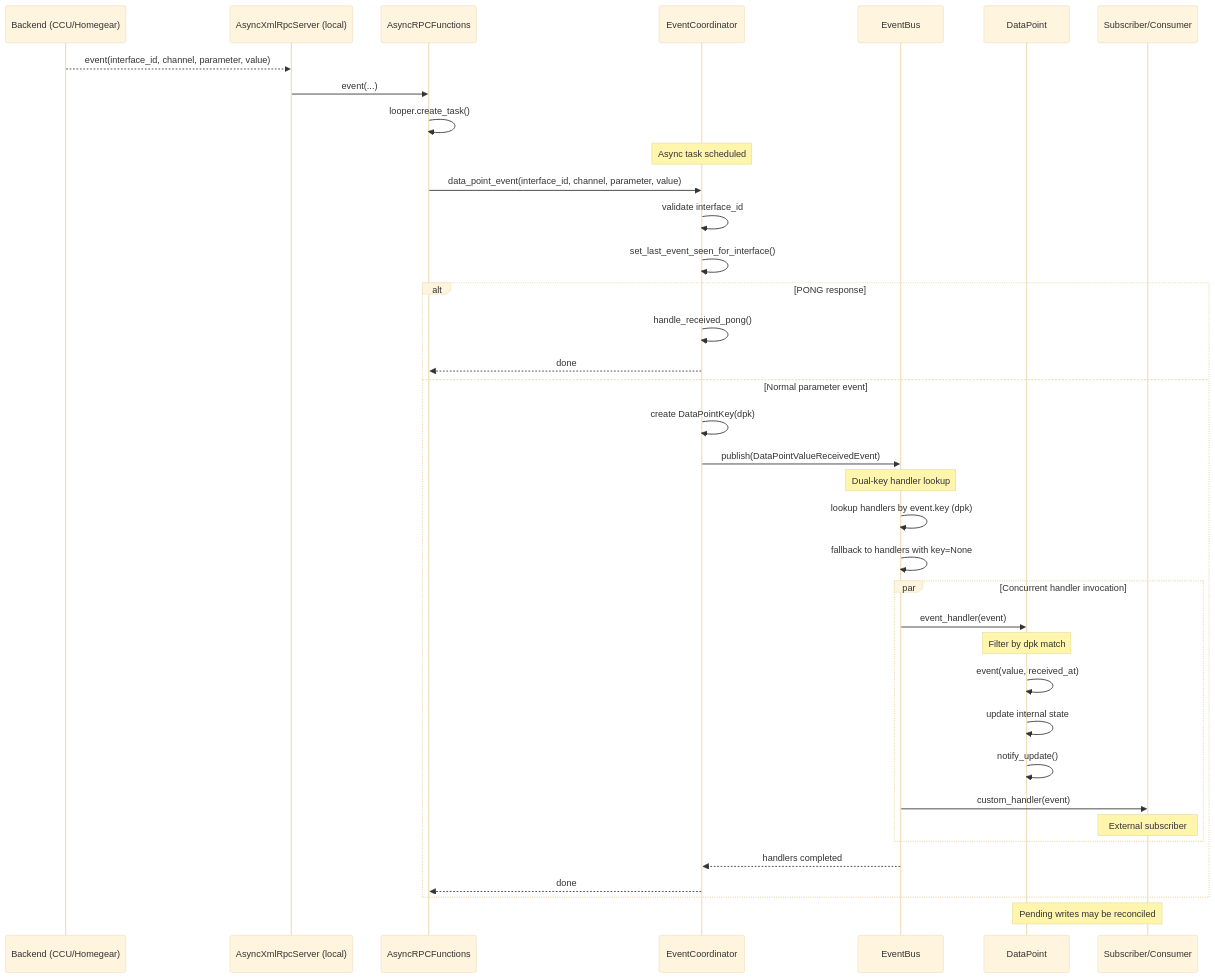
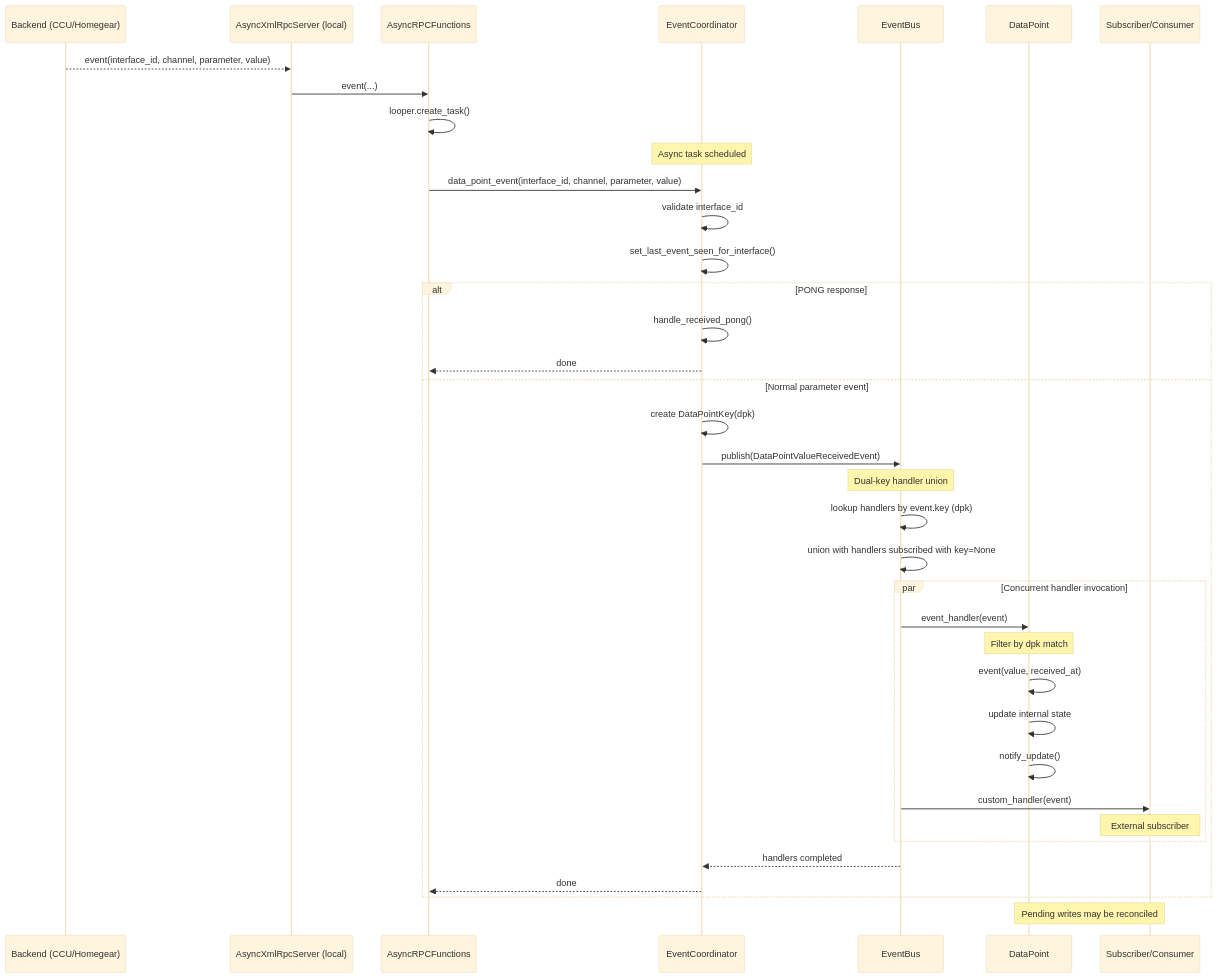
The fourth of 17 diagrams in docs/architecture/sequence_diagrams.md (SukramJ/aiohomematic), drawn with Mermaid (base theme) before and after one commit. The commit also changed other lines of this file and 4 other files, not shown here.

````diff
--- a/docs/architecture/sequence_diagrams.md
+++ b/docs/architecture/sequence_diagrams.md
@@ -312,49 +312,49 @@
 ```mermaid
 sequenceDiagram
   participant CCU as Backend (CCU/Homegear)
   participant XRS as AsyncXmlRpcServer (local)
   participant RPC as AsyncRPCFunctions
   participant EC as EventCoordinator
   participant EB as EventBus
   participant DP as DataPoint
   participant App as Subscriber/Consumer
 
   CCU-->>XRS: event(interface_id, channel, parameter, value)
   XRS->>RPC: event(...)
   RPC->>RPC: looper.create_task()
 
   Note over EC: Async task scheduled
   RPC->>EC: data_point_event(interface_id, channel, parameter, value)
 
   EC->>EC: validate interface_id
   EC->>EC: set_last_event_seen_for_interface()
 
   alt PONG response
     EC->>EC: handle_received_pong()
     EC-->>RPC: done
   else Normal parameter event
     EC->>EC: create DataPointKey(dpk)
 
     EC->>EB: publish(DataPointValueReceivedEvent)
 
-    Note over EB: Dual-key handler lookup
+    Note over EB: Dual-key handler union
     EB->>EB: lookup handlers by event.key (dpk)
-    EB->>EB: fallback to handlers with key=None
+    EB->>EB: union with handlers subscribed with key=None
 
     par Concurrent handler invocation
       EB->>DP: event_handler(event)
       Note over DP: Filter by dpk match
       DP->>DP: event(value, received_at)
       DP->>DP: update internal state
       DP->>DP: notify_update()
 
       EB->>App: custom_handler(event)
       Note over App: External subscriber
     end
 
     EB-->>EC: handlers completed
     EC-->>RPC: done
   end
 
   Note over DP,App: Pending writes may be reconciled
 ```
````
